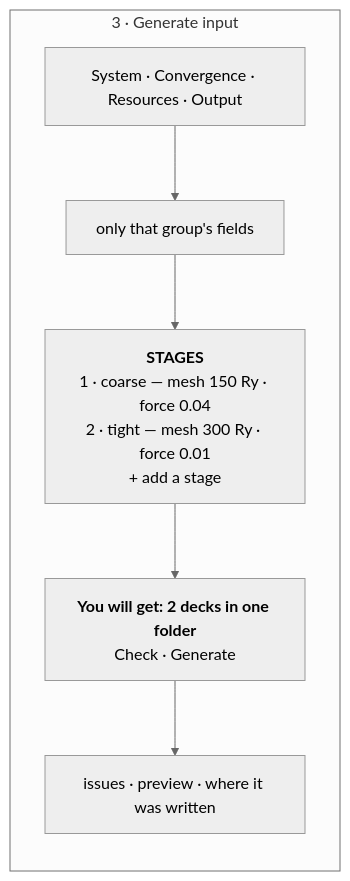
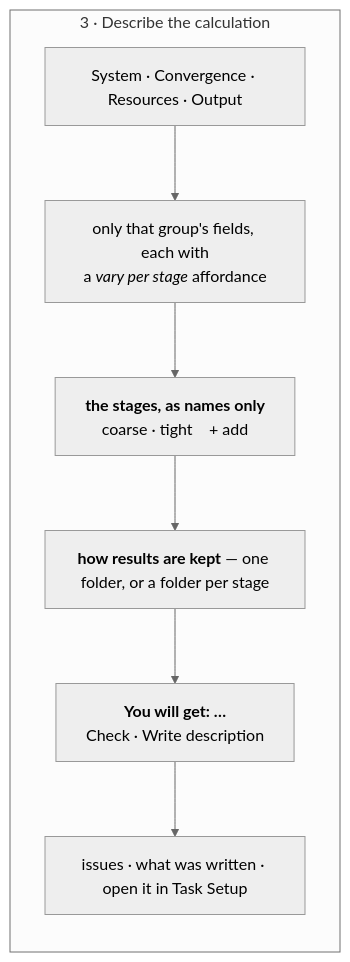
Before and after one commit to Qing-LAB/molbuilder: the second of 2 diagrams in docs/web/structure-optimization-ui-plan.md, drawn with Mermaid (neutral theme). The commit also changed other lines of this file and 12 other files, not shown here.

````diff
--- a/docs/web/structure-optimization-ui-plan.md
+++ b/docs/web/structure-optimization-ui-plan.md
@@ -133,12 +164,13 @@
 ```mermaid
 flowchart TB
-    subgraph card["3 · Generate input"]
+    subgraph card["3 · Describe the calculation"]
       direction TB
       T["System · Convergence · Resources · Output"]
-      P["only that group's fields"]
-      S["<b>STAGES</b><br/>1 · coarse — mesh 150 Ry · force 0.04<br/>2 · tight — mesh 300 Ry · force 0.01<br/>+ add a stage"]
-      A["<b>You will get: 2 decks in one folder</b><br/>Check · Generate"]
-      I["issues · preview · where it was written"]
-      T --> P --> S --> A --> I
+      P["only that group's fields, each with<br/>a <i>vary per stage</i> affordance"]
+      S["<b>the stages, as names only</b><br/>coarse · tight &nbsp;&nbsp; + add"]
+      SH["<b>how results are kept</b> — one folder, or a folder per stage"]
+      A["<b>You will get: …</b><br/>Check · Write description"]
+      I["issues · what was written · open it in Task Setup"]
+      T --> P --> S --> SH --> A --> I
     end
 ```
````
